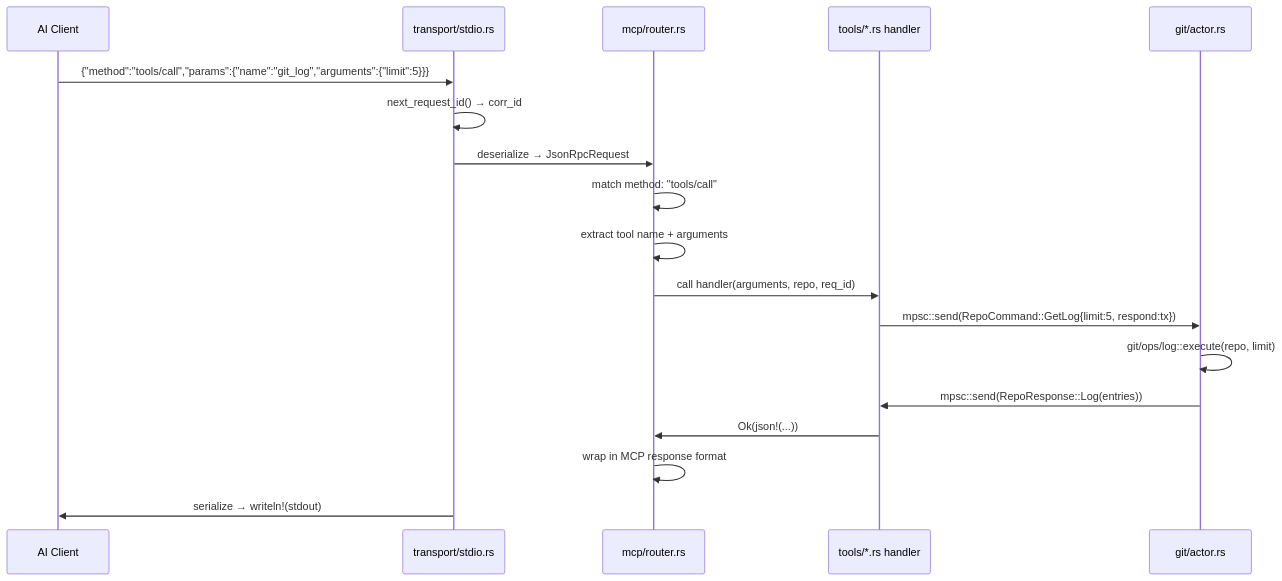
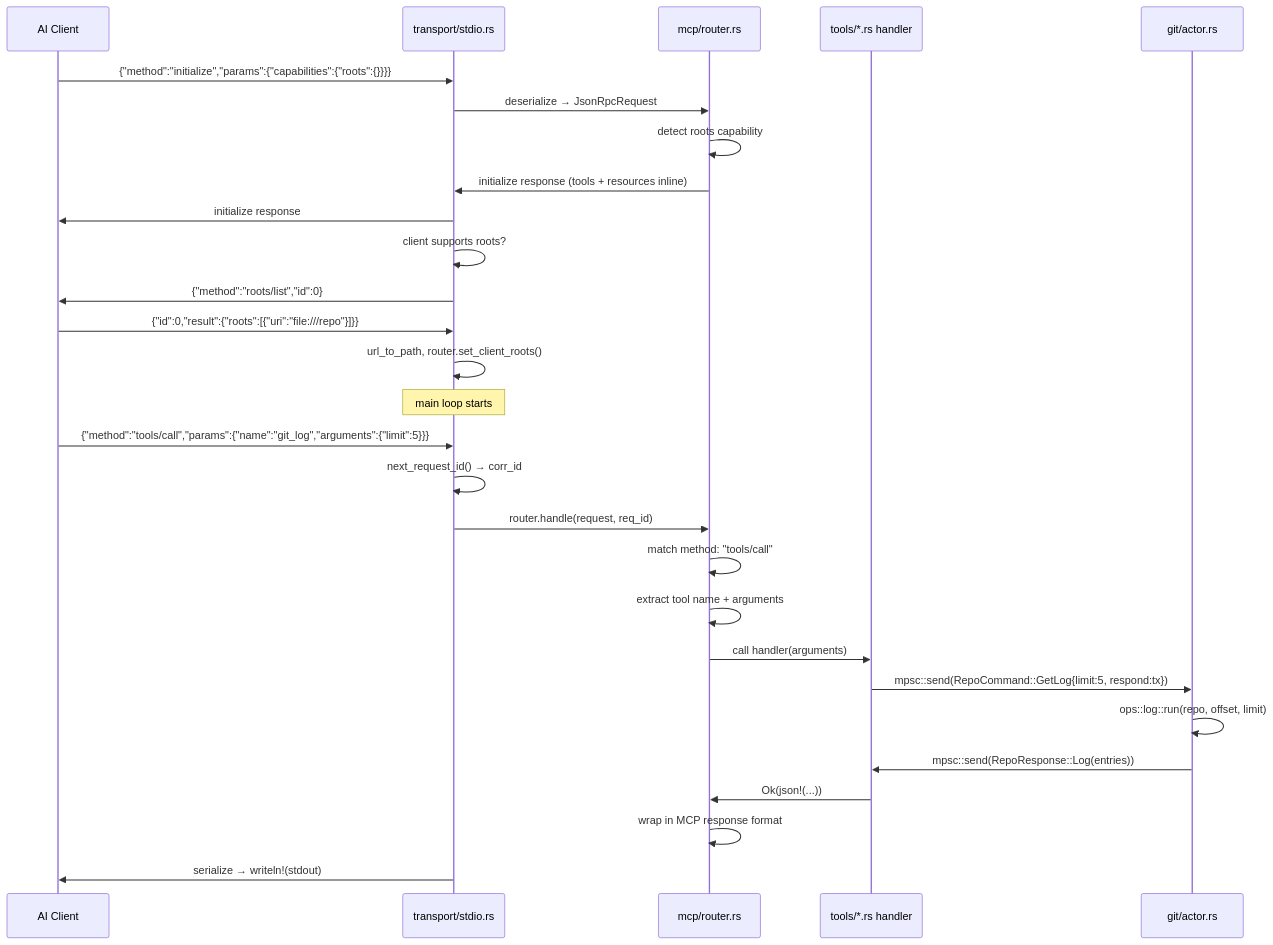
The third of 7 diagrams in DEV_IN_DEPTH.md (pritam12426/gitforge), drawn with Mermaid before and after one commit. The commit also changed other lines of this file and 3 other files, not shown here.

````diff
--- a/DEV_IN_DEPTH.md
+++ b/DEV_IN_DEPTH.md
@@ -140,21 +171,32 @@
 ```mermaid
 sequenceDiagram
     participant C as AI Client
     participant T as transport/stdio.rs
     participant R as mcp/router.rs
     participant H as tools/*.rs handler
     participant A as git/actor.rs
 
+    C->>T: {"method":"initialize","params":{"capabilities":{"roots":{}}}}
+    T->>R: deserialize → JsonRpcRequest
+    R->>R: detect roots capability
+    R->>T: initialize response (tools + resources inline)
+    T->>C: initialize response
+    T->>T: client supports roots?
+    T->>C: {"method":"roots/list","id":0}
+    C->>T: {"id":0,"result":{"roots":[{"uri":"file:///repo"}]}}
+    T->>T: url_to_path, router.set_client_roots()
+    Note over T: main loop starts
+
     C->>T: {"method":"tools/call","params":{"name":"git_log","arguments":{"limit":5}}}
     T->>T: next_request_id() → corr_id
-    T->>R: deserialize → JsonRpcRequest
+    T->>R: router.handle(request, req_id)
     R->>R: match method: "tools/call"
     R->>R: extract tool name + arguments
-    R->>H: call handler(arguments, repo, req_id)
+    R->>H: call handler(arguments)
     H->>A: mpsc::send(RepoCommand::GetLog{limit:5, respond:tx})
-    A->>A: git/ops/log::execute(repo, limit)
+    A->>A: ops::log::run(repo, offset, limit)
     A->>H: mpsc::send(RepoResponse::Log(entries))
     H->>R: Ok(json!(...))
     R->>R: wrap in MCP response format
     T->>C: serialize → writeln!(stdout)
 ```
````
